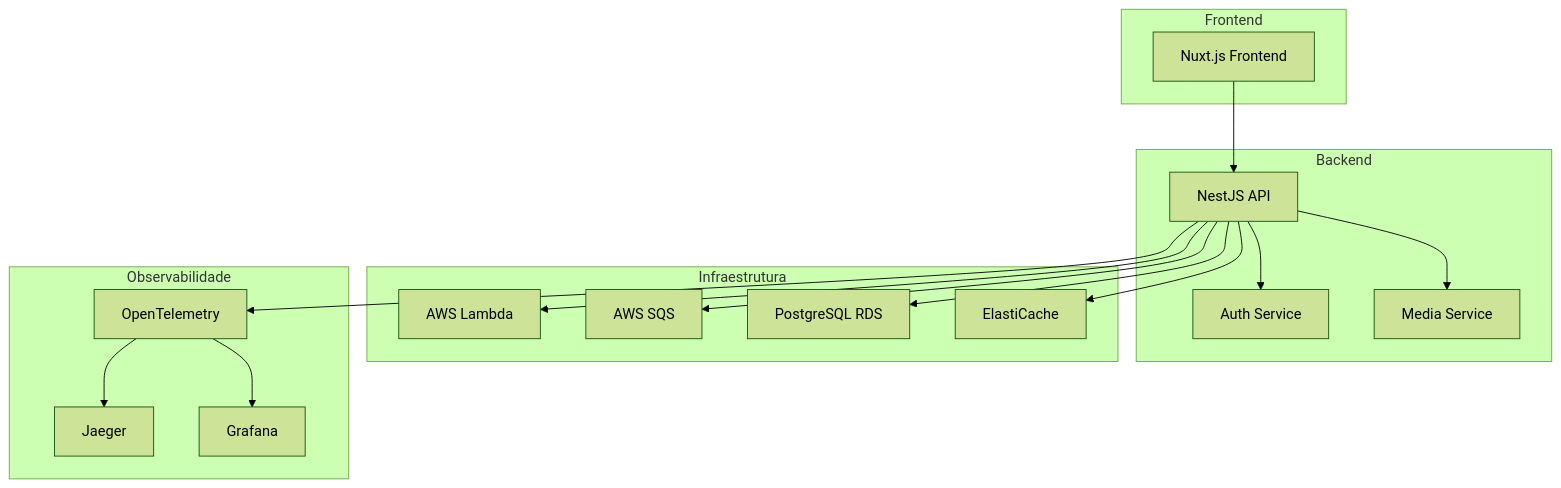
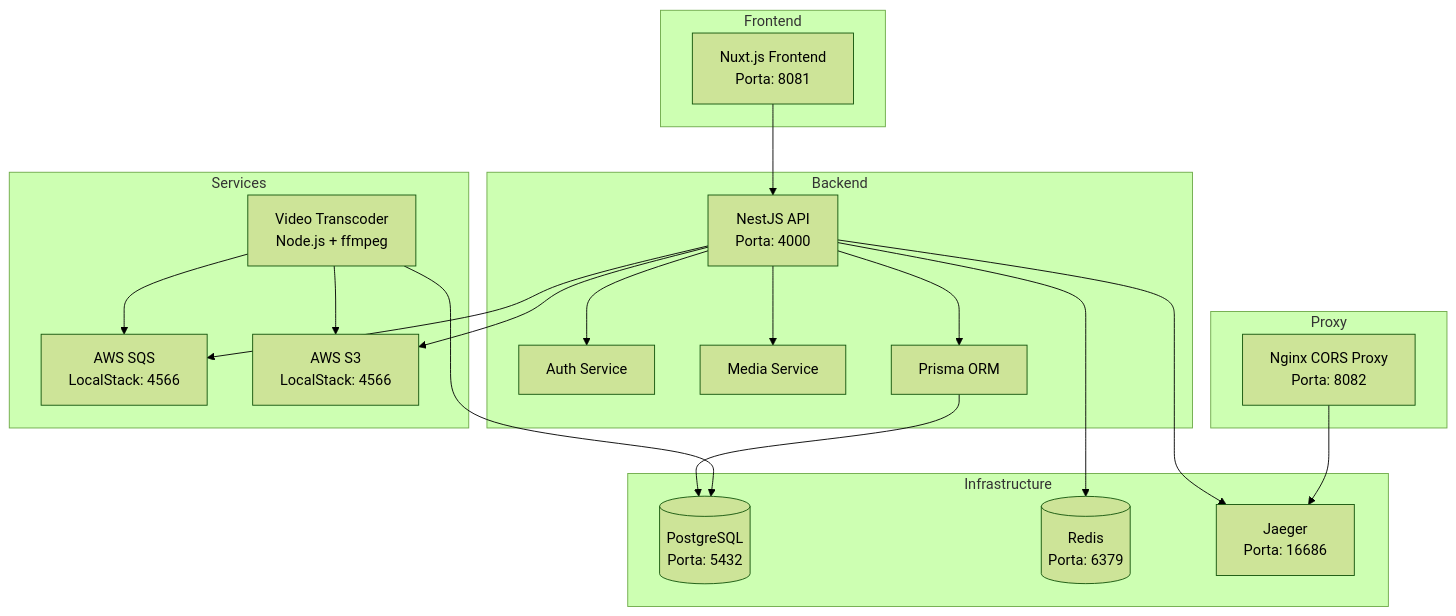
One commit to alessandroprudencio/ale-flix changed the first of 4 diagrams in docs/architecture/README.md. Above: the diagram before and after it, drawn with Mermaid (forest theme). The commit also changed other lines of this file and 4 other files, not shown here.

````diff
--- a/docs/architecture/README.md
+++ b/docs/architecture/README.md
@@ -11,36 +11,43 @@
 ```mermaid
 graph TB
     subgraph Frontend
-        Web[Nuxt.js Frontend]
+        Web[Nuxt.js Frontend<br/>Porta: 8081]
     end
 
     subgraph Backend
-        API[NestJS API]
+        API[NestJS API<br/>Porta: 4000]
         Auth[Auth Service]
         Media[Media Service]
+        Prisma[Prisma ORM]
     end
 
-    subgraph Infraestrutura
-        Lambda[AWS Lambda]
-        SQS[AWS SQS]
-        RDS[PostgreSQL RDS]
-        Cache[ElastiCache]
+    subgraph Services
+        Transcoder[Video Transcoder<br/>Node.js + ffmpeg]
+        SQS[AWS SQS<br/>LocalStack: 4566]
+        S3[AWS S3<br/>LocalStack: 4566]
     end
 
-    subgraph Observabilidade
-        OTEL[OpenTelemetry]
-        Jaeger[Jaeger]
-        Grafana[Grafana]
+    subgraph Infrastructure
+        DB[(PostgreSQL<br/>Porta: 5432)]
+        Redis[(Redis<br/>Porta: 6379)]
+        Jaeger[Jaeger<br/>Porta: 16686]
+    end
+
+    subgraph Proxy
+        Nginx[Nginx CORS Proxy<br/>Porta: 8082]
     end
 
     Web --> API
     API --> Auth
     API --> Media
-    API --> Lambda
+    API --> Prisma
     API --> SQS
-    API --> RDS
-    API --> Cache
-    API --> OTEL
-    OTEL --> Jaeger
-    OTEL --> Grafana
+    API --> S3
+    API --> Redis
+    API --> Jaeger
+    Prisma --> DB
+    Transcoder --> SQS
+    Transcoder --> S3
+    Transcoder --> DB
+    Nginx --> Jaeger
 ```
````
